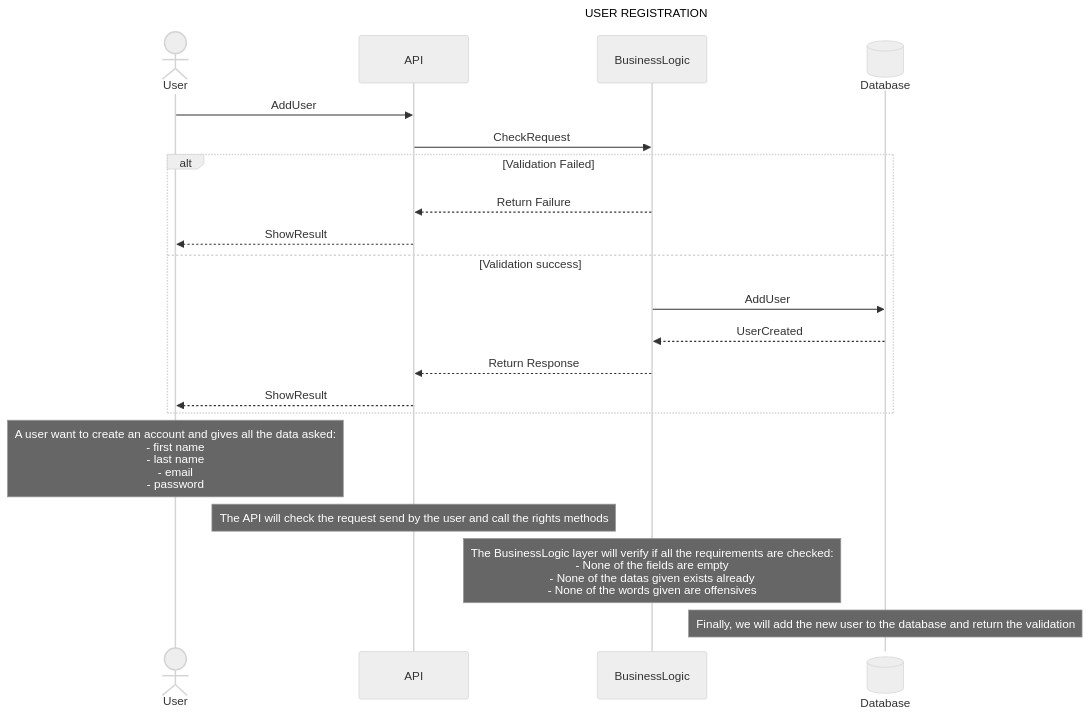
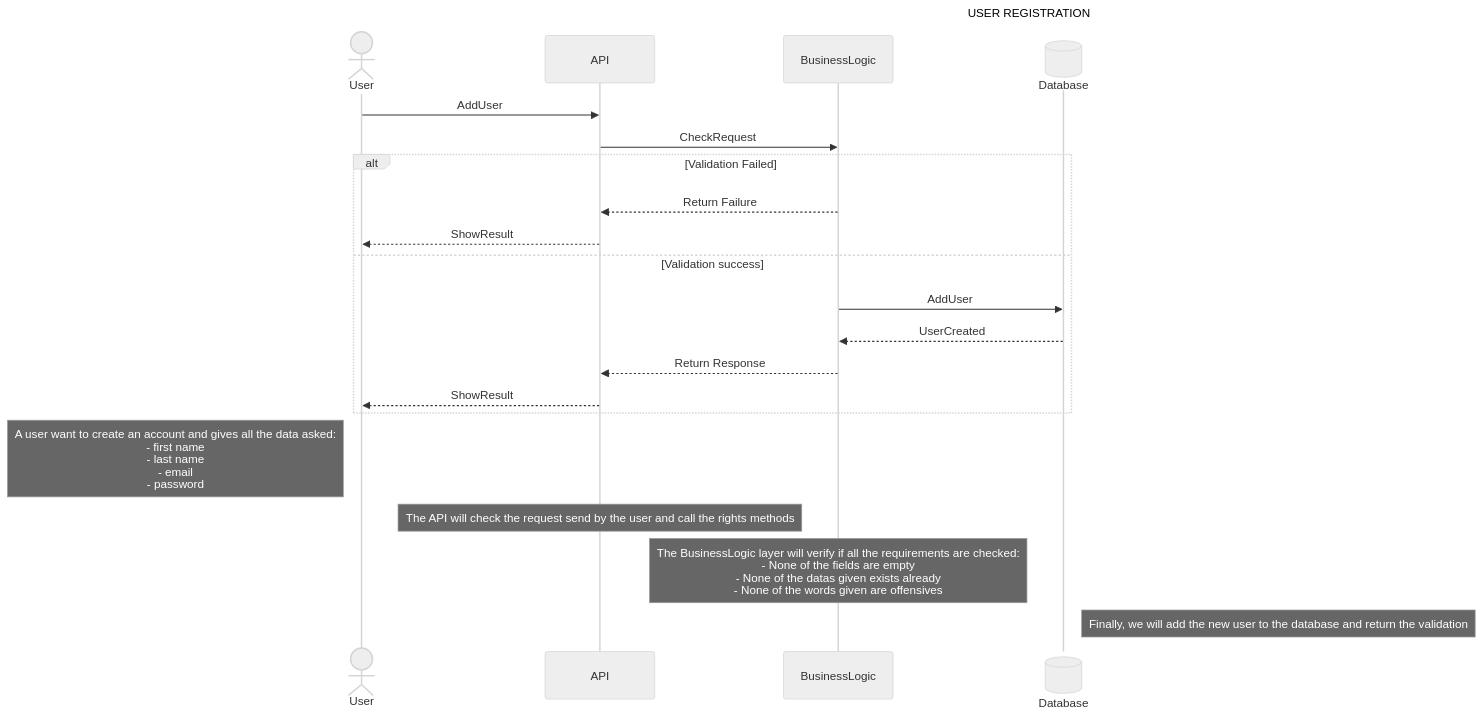
The diagram in part1/Sequence_Diagrams_User_Registration.mermaid (EnzoMessaoudi/holbertonschool-hbnb), drawn with Mermaid before and after one commit.

Commit message:
Change where the comments were

```diff
--- a/part1/Sequence_Diagrams_User_Registration.mermaid
+++ b/part1/Sequence_Diagrams_User_Registration.mermaid
@@ -1,29 +1,29 @@
 %%{ init : { "theme": "neutral" } }%%
 
 sequenceDiagram
 title USER REGISTRATION
 actor User
 participant API
 participant BusinessLogic
 participant Database@{ "type" : "database" }
 
 User->>API: AddUser
 API->>BusinessLogic: CheckRequest
 
 alt Validation Failed
     BusinessLogic-->>API: Return Failure
     API-->>User: ShowResult
 else Validation success
     BusinessLogic->>Database: AddUser
     Database-->>BusinessLogic: UserCreated
     BusinessLogic-->>API: Return Response
     API-->>User: ShowResult
 end
 
-Note over User: A user want to create an account and gives all the data asked:<br/>- first name<br/>- last name<br>- email<br/>- password
+Note left of User: A user want to create an account and gives all the data asked:<br/>- first name<br/>- last name<br>- email<br/>- password
 
 Note over API:The API will check the request send by the user and call the rights methods
 
 Note over BusinessLogic: The BusinessLogic layer will verify if all the requirements are checked:<br/>- None of the fields are empty<br/>- None of the datas given exists already<br/>- None of the words given are offensives
 
-Note over Database: Finally, we will add the new user to the database and return the validation
+Note right of Database: Finally, we will add the new user to the database and return the validation
```
